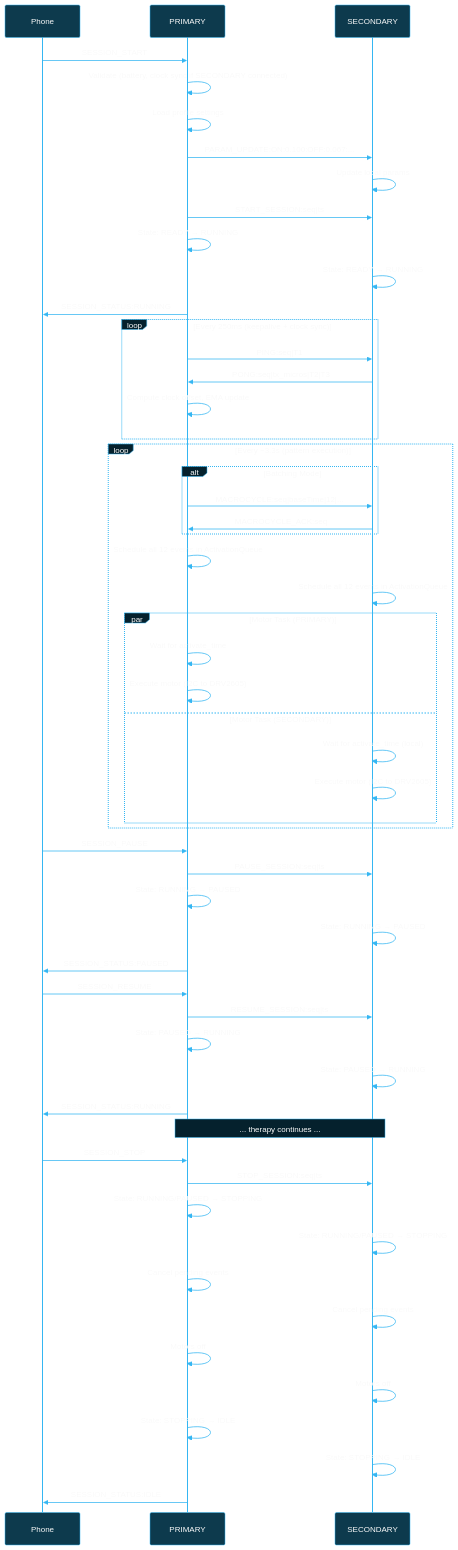
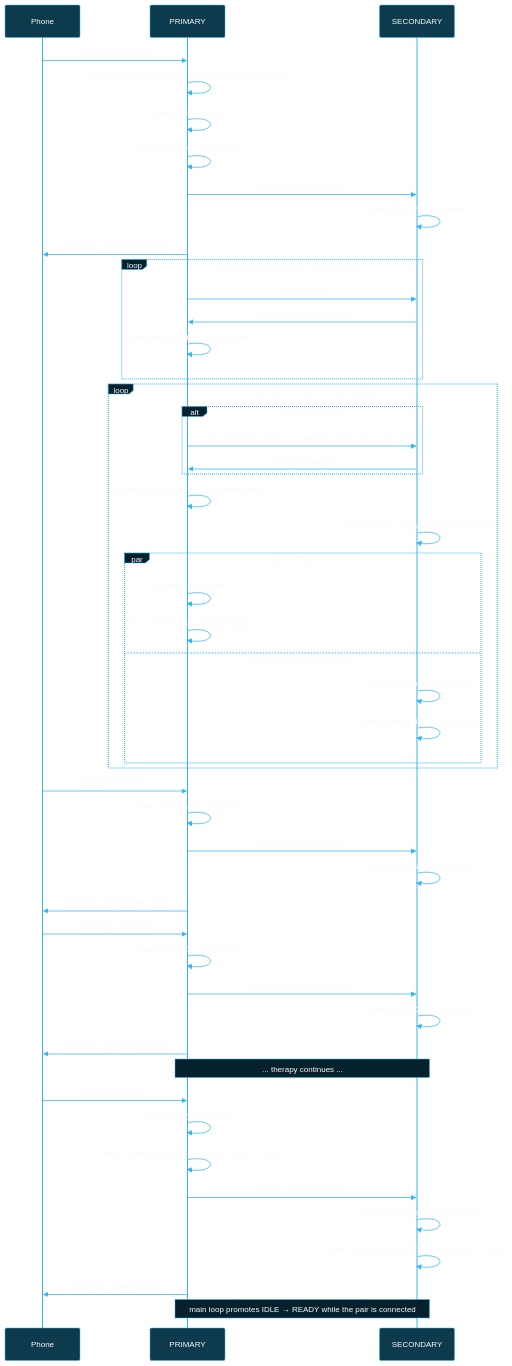
Before and after one commit to BlueBuzzah/BlueBuzzah-Firmware: diagram 11 of 11 in docs/THERAPY_SESSION_FLOW.md, drawn with Mermaid. The commit also changed other lines of this file and 12 other files, not shown here.

````diff
--- a/docs/THERAPY_SESSION_FLOW.md
+++ b/docs/THERAPY_SESSION_FLOW.md
@@ -775,11 +748,8 @@
     P->>P: Validate (battery, clock sync if SECONDARY connected)
 
     P->>P: Load profile settings
-    P->>S: PARAM_UPDATE:ON:0.100:OFF:0.067:...
-    S->>S: Update local params
-
+    P->>P: State: READY → RUNNING
     P->>S: START_SESSION:seq|ts
-    P->>P: State: READY → RUNNING
     S->>S: State: READY → RUNNING
 
     P->>Ph: SESSION_STATUS:RUNNING
@@ -792,8 +762,8 @@
 
     loop Every ~3.3s (pattern execution)
         alt Batching Mode
-            P->>S: MACROCYCLE:seq|baseTime|12|...
-            S->>P: MACROCYCLE_ACK:seq
+            P->>S: MC:seq|baseHigh|baseLow|offHigh|offLow|dur|count|...
+            S->>P: MC_ACK:seq|ts
         end
 
         P->>P: Schedule all 12 events in ActivationQueue
@@ -809,28 +779,25 @@
     end
 
     Ph->>P: SESSION_PAUSE
+    P->>P: State: RUNNING → PAUSED
     P->>S: PAUSE_SESSION:seq|ts
-    P->>P: State: RUNNING → PAUSED
     S->>S: State: RUNNING → PAUSED
     P->>Ph: SESSION_STATUS:PAUSED
 
     Ph->>P: SESSION_RESUME
+    P->>P: State: PAUSED → RUNNING
     P->>S: RESUME_SESSION:seq|ts
-    P->>P: State: PAUSED → RUNNING
     S->>S: State: PAUSED → RUNNING
     P->>Ph: SESSION_STATUS:RUNNING
 
     Note over P,S: ... therapy continues ...
 
     Ph->>P: SESSION_STOP
+    P->>P: Stop therapy, motors off
+    P->>P: State: RUNNING/PAUSED → STOPPING → IDLE
     P->>S: STOP_SESSION:seq|ts
-    P->>P: State: RUNNING/PAUSED → STOPPING
-    S->>S: State: RUNNING/PAUSED → STOPPING
-    P->>P: Cancel pending events
-    S->>S: Cancel pending events
-    P->>P: Motors off
-    S->>S: Motors off
-    P->>P: State: STOPPING → IDLE
-    S->>S: State: STOPPING → IDLE
+    S->>S: Cancel pending events, motors off
+    S->>S: State: RUNNING/PAUSED → STOPPING → IDLE
     P->>Ph: SESSION_STATUS:IDLE
+    Note over P,S: main loop promotes IDLE → READY while the pair is connected
 ```
````
